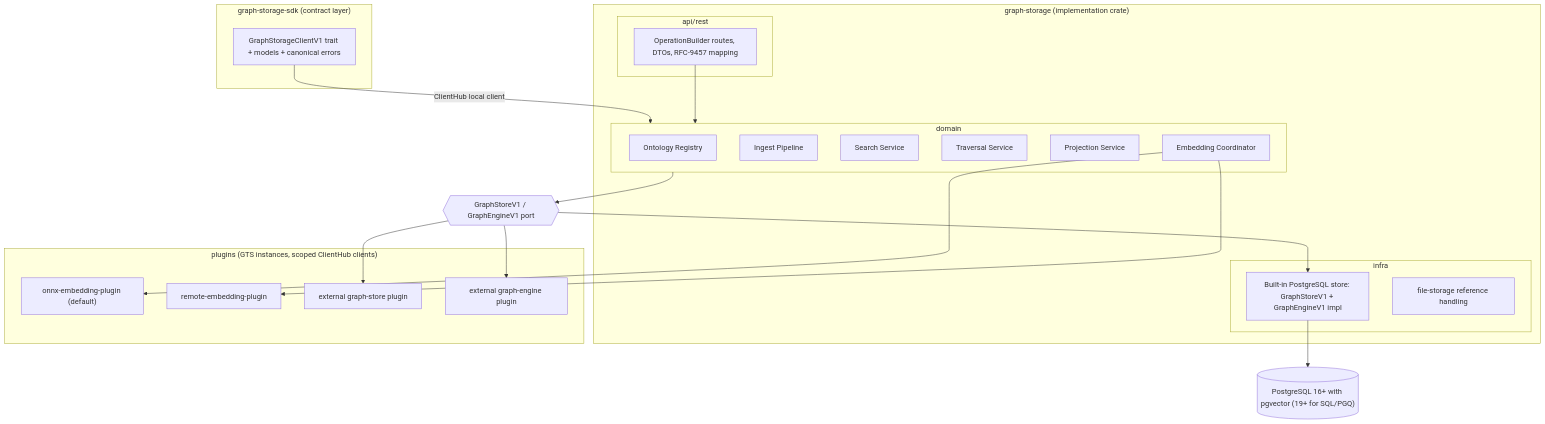
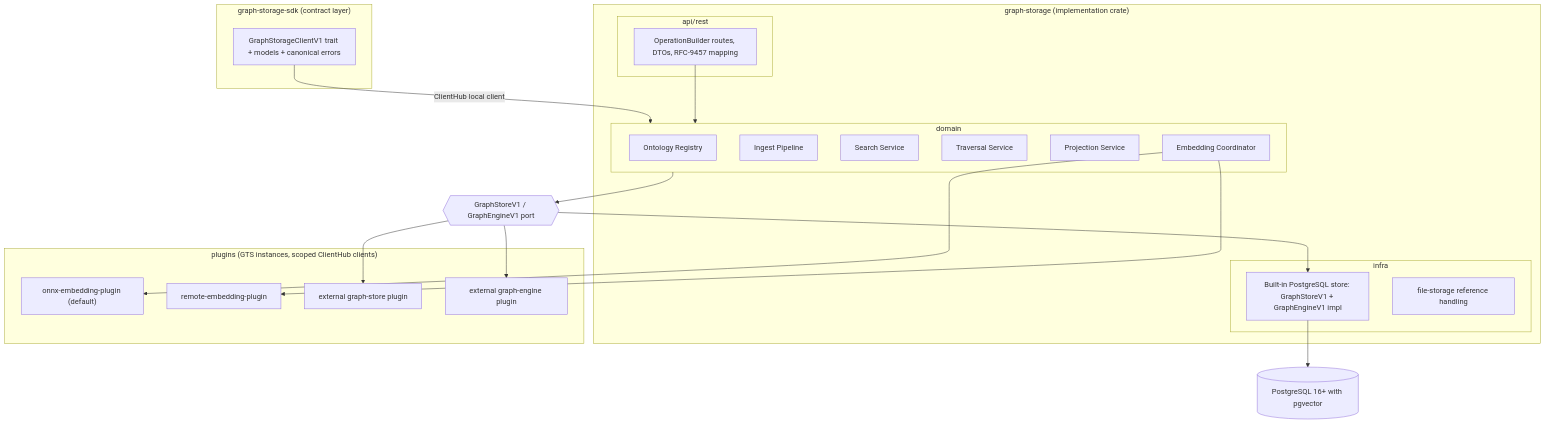
Before and after one commit to AndIConstructor/gears-rust: the first of 2 diagrams in gears/graph-storage/docs/DESIGN.md, drawn with Mermaid. The commit also changed other lines of this file and 5 other files, not shown here.

First line of the commit message:
docs(graph-storage): SQL/PGQ retired — ADR-0001 addendum, ADR-0005 superseded

````diff
--- a/gears/graph-storage/docs/DESIGN.md
+++ b/gears/graph-storage/docs/DESIGN.md
@@ -136,41 +136,41 @@
 ```mermaid
 flowchart TD
     subgraph SDK["graph-storage-sdk (contract layer)"]
         CLIENT["GraphStorageClientV1 trait + models + canonical errors"]
     end
     subgraph MAIN["graph-storage (implementation crate)"]
         subgraph API["api/rest"]
             REST["OperationBuilder routes, DTOs, RFC-9457 mapping"]
         end
         subgraph DOMAIN["domain"]
             REG["Ontology Registry"]
             ING["Ingest Pipeline"]
             SRCH["Search Service"]
             TRAV["Traversal Service"]
             PROJ["Projection Service"]
             EMB["Embedding Coordinator"]
         end
         subgraph INFRA["infra"]
             STORE["Built-in PostgreSQL store: GraphStoreV1 + GraphEngineV1 impl"]
             FS["file-storage reference handling"]
         end
     end
     PORT{{"GraphStoreV1 / GraphEngineV1 port"}}
     subgraph PLUGINS["plugins (GTS instances, scoped ClientHub clients)"]
         ONNX["onnx-embedding-plugin (default)"]
         REMOTE["remote-embedding-plugin"]
         EXTSTORE["external graph-store plugin"]
         EXTENG["external graph-engine plugin"]
     end
-    PG[("PostgreSQL 16+ with pgvector (19+ for SQL/PGQ)")]
+    PG[("PostgreSQL 16+ with pgvector")]
 
     CLIENT -->|ClientHub local client| DOMAIN
     REST --> DOMAIN
     DOMAIN --> PORT
     PORT --> STORE
     PORT --> EXTSTORE
     PORT --> EXTENG
     EMB --> ONNX
     EMB --> REMOTE
     STORE --> PG
 ```
````
